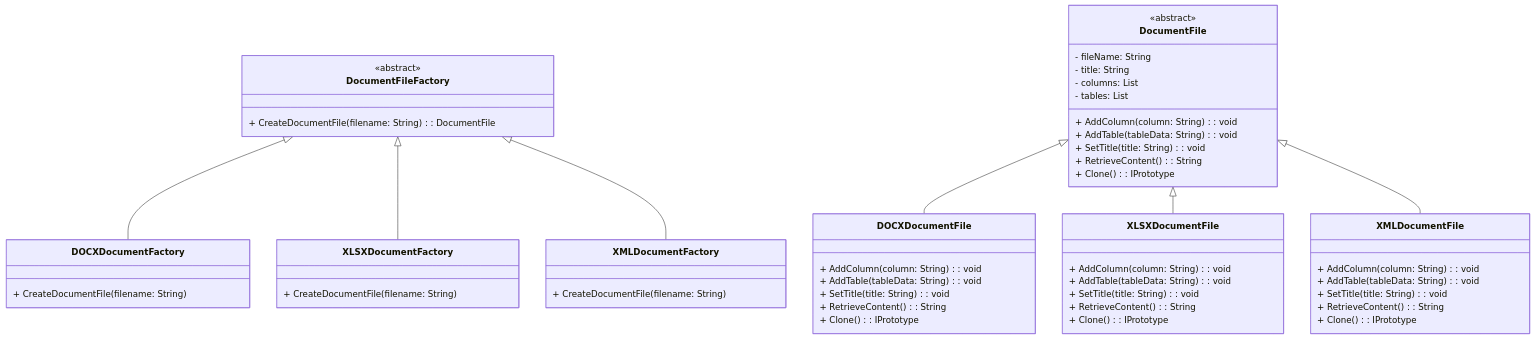
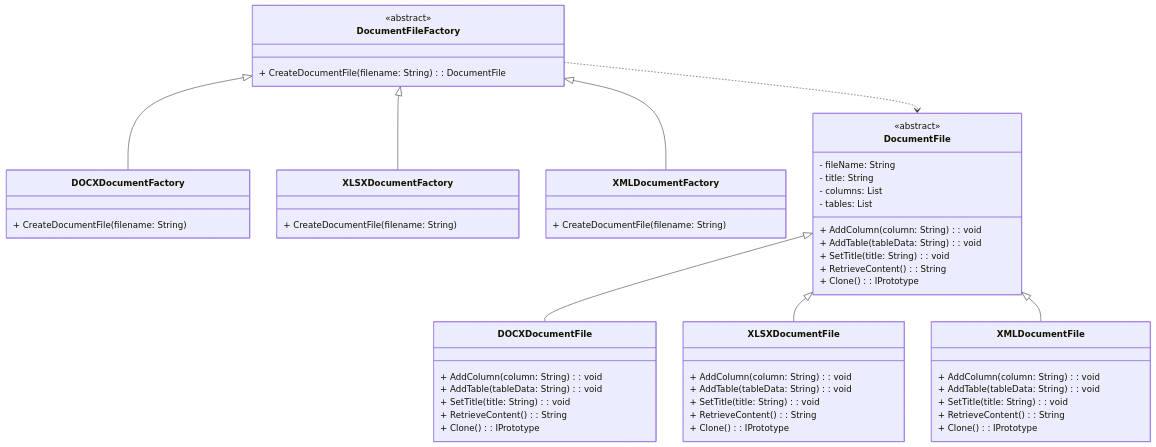
Before and after one commit to wandresvr/Trabajo-Patrones-creacionales: the first of 3 diagrams in Punto 2/readme.md, drawn with Mermaid. The commit also changed other lines of this file, not shown here.

Commit message:
Update readme.md
Se actualiza UML

````diff
--- a/Punto 2/readme.md
+++ b/Punto 2/readme.md
@@ -5,73 +5,75 @@
 ```mermaid
 classDiagram
     %% Clase abstracta para la fábrica de documentos
     class DocumentFileFactory {
     <<abstract>>
       + CreateDocumentFile(filename: String) : DocumentFile
     }
     
     %% Implementación fábrica concreta para documento Word
     class DOCXDocumentFactory {
       + CreateDocumentFile(filename: String)
     }
     
     %% Implementación fábrica concreta para documento Excel
     class XLSXDocumentFactory {
       + CreateDocumentFile(filename: String)
     }
 
     %% Implementación fábrica concreta para documento XML
     class XMLDocumentFactory {
       + CreateDocumentFile(filename: String)
     }
 
     %% Clase abstracta documento
     class DocumentFile {
     <<abstract>>
       - fileName: String
       - title: String
       - columns: List<String>
       - tables: List<String>
       + AddColumn(column: String) : void
       + AddTable(tableData: String) : void
       + SetTitle(title: String) : void
       + RetrieveContent() : String
       + Clone() : IPrototype
     }
 
     %% Implementación documento concreto Word
     class DOCXDocumentFile {
       + AddColumn(column: String) : void
       + AddTable(tableData: String) : void
       + SetTitle(title: String) : void
       + RetrieveContent() : String
       + Clone() : IPrototype
     }
 
     %% Implementación documento concreto Word
     class XLSXDocumentFile {
       + AddColumn(column: String) : void
       + AddTable(tableData: String) : void
       + SetTitle(title: String) : void
       + RetrieveContent() : String
       + Clone() : IPrototype
     }
 
     %% Implementación documento concreto Word
     class XMLDocumentFile {
       + AddColumn(column: String) : void
       + AddTable(tableData: String) : void
       + SetTitle(title: String) : void
       + RetrieveContent() : String
       + Clone() : IPrototype
     }
 
+    DocumentFileFactory ..> DocumentFile
+
     DocumentFileFactory <|-- DOCXDocumentFactory
     DocumentFileFactory <|-- XLSXDocumentFactory
     DocumentFileFactory <|-- XMLDocumentFactory
 
     DocumentFile <|-- DOCXDocumentFile
     DocumentFile <|-- XLSXDocumentFile
     DocumentFile <|-- XMLDocumentFile
 
 ```
````
